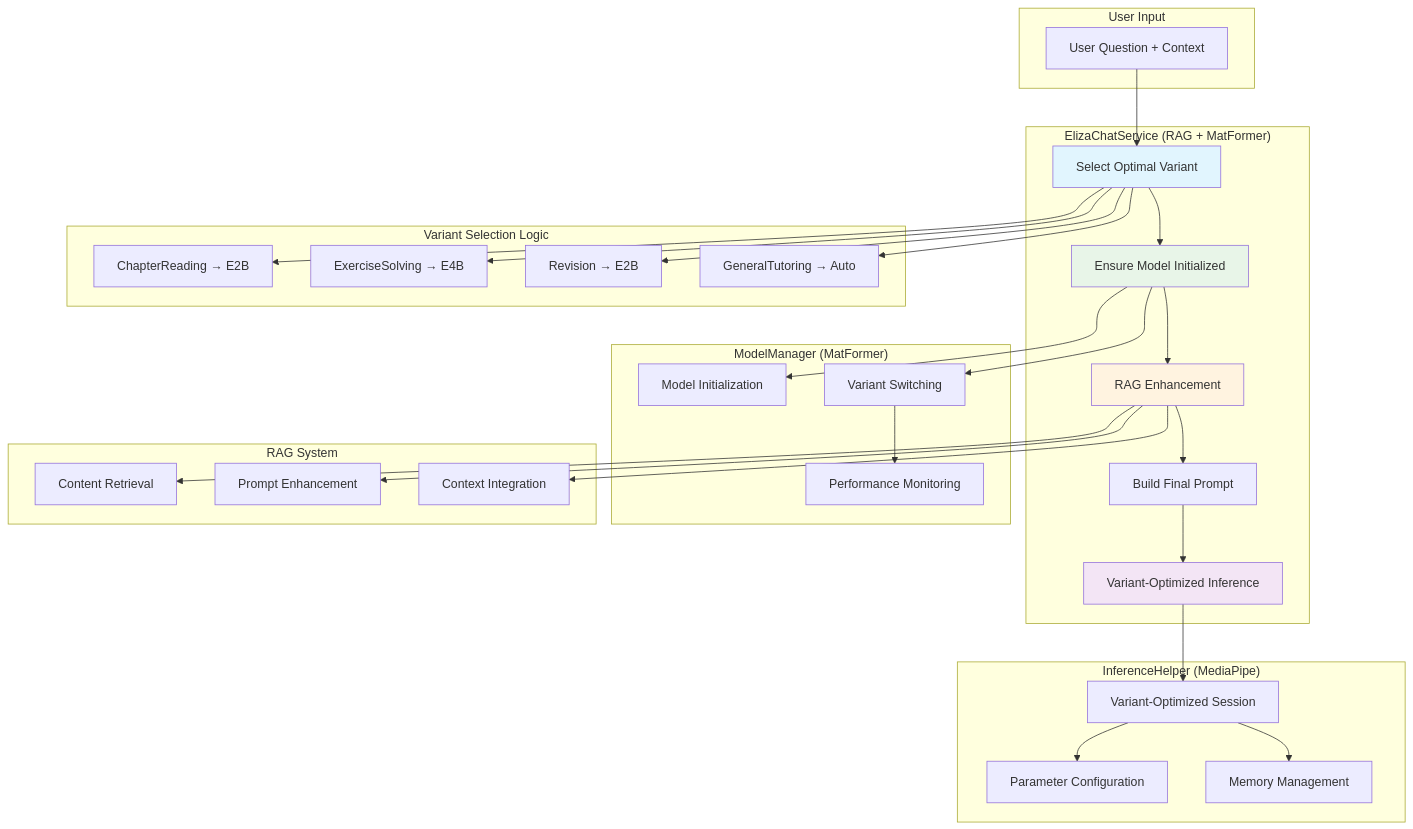
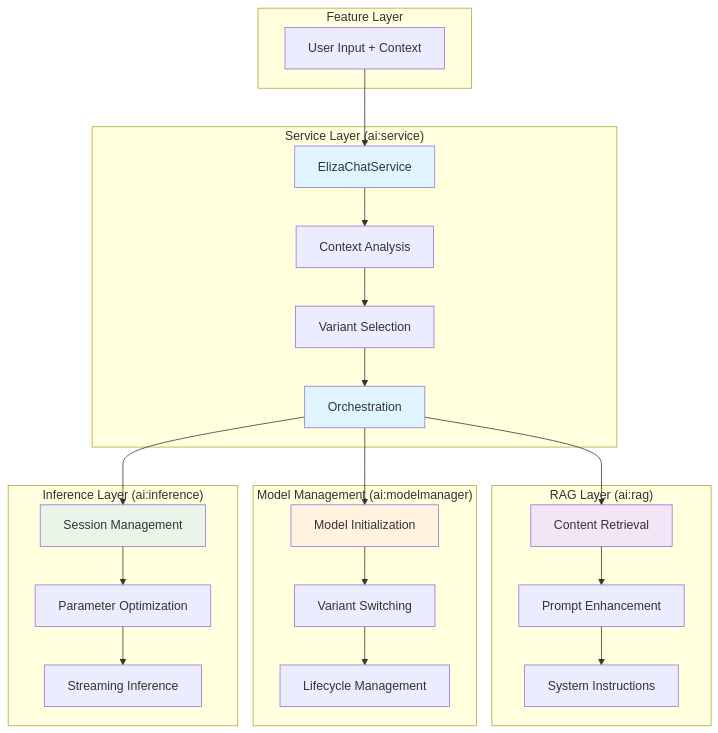
Before and after one commit to ErsjanKeri/Eliza: the second of 2 diagrams in ai/README.md, drawn with Mermaid. The commit also changed other lines of this file and 1 other file, not shown here.

````diff
--- a/ai/README.md
+++ b/ai/README.md
@@ -115,63 +206,51 @@
 ```mermaid
 graph TB
-    subgraph "User Input"
-        A[User Question + Context]
+    subgraph "Feature Layer"
+        A[User Input + Context]
     end
 
-    subgraph "ElizaChatService (RAG + MatFormer)"
-        B[Select Optimal Variant]
-        C[Ensure Model Initialized]
-        D[RAG Enhancement]
-        E[Build Final Prompt]
-        F[Variant-Optimized Inference]
+    subgraph "Service Layer (ai:service)"
+        B[ElizaChatService]
+        C[Context Analysis]
+        D[Variant Selection]
+        E[Orchestration]
     end
 
-    subgraph "Variant Selection Logic"
-        G[ChapterReading → E2B]
-        H[ExerciseSolving → E4B]
-        I[Revision → E2B]
-        J[GeneralTutoring → Auto]
+    subgraph "RAG Layer (ai:rag)"
+        F[Content Retrieval]
+        G[Prompt Enhancement]
+        H[System Instructions]
     end
 
-    subgraph "ModelManager (MatFormer)"
-        K[Model Initialization]
-        L[Variant Switching]
-        M[Performance Monitoring]
+    subgraph "Model Management (ai:modelmanager)"
+        I[Model Initialization]
+        J[Variant Switching]
+        K[Lifecycle Management]
     end
 
-    subgraph "InferenceHelper (MediaPipe)"
-        N[Variant-Optimized Session]
-        O[Parameter Configuration]
-        P[Memory Management]
-    end
-
-    subgraph "RAG System"
-        Q[Content Retrieval]
-        R[Prompt Enhancement]
-        S[Context Integration]
+    subgraph "Inference Layer (ai:inference)"
+        L[Session Management]
+        M[Parameter Optimization]
+        N[Streaming Inference]
     end
 
     A --> B
-    B --> G
-    B --> H
-    B --> I
-    B --> J
     B --> C
-    C --> K
-    C --> L
-    L --> M
     C --> D
-    D --> Q
-    D --> R
-    D --> S
     D --> E
     E --> F
-    F --> N
-    N --> O
-    N --> P
+    E --> I
+    F --> G
+    G --> H
+    I --> J
+    J --> K
+    E --> L
+    L --> M
+    M --> N
 
     style B fill:#e1f5fe
-    style C fill:#e8f5e8
-    style D fill:#fff3e0
+    style E fill:#e1f5fe
     style F fill:#f3e5f5
+    style I fill:#fff3e0
+    style L fill:#e8f5e8
 ```
````
